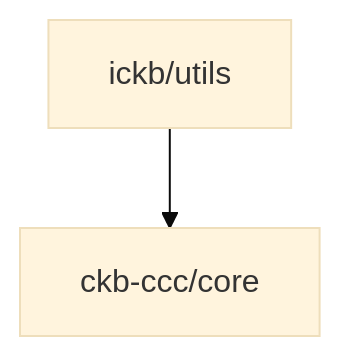
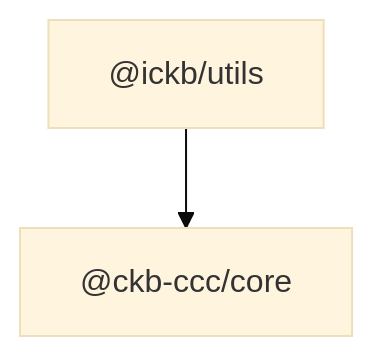
The diagram in packages/utils/README.md (ickb/stack), drawn with Mermaid (base theme) before and after one commit.

Commit message:
Add back @ symbols and links to Mermaid dependency graph %2

````diff
--- a/packages/utils/README.md
+++ b/packages/utils/README.md
@@ -7,4 +7,7 @@
 ```mermaid
 graph TD;
-    A[ickb/utils] --> B[ckb-ccc/core];
+    A["@ickb/utils"] --> B["@ckb-ccc/core"];
+
+    click A "https://github.com/ickb/utils" "Go to @ickb/utils"
+    click B "https://github.com/ckb-devrel/ccc/tree/master/packages/core" "Go to @ckb-ccc/core"
 ```
````
